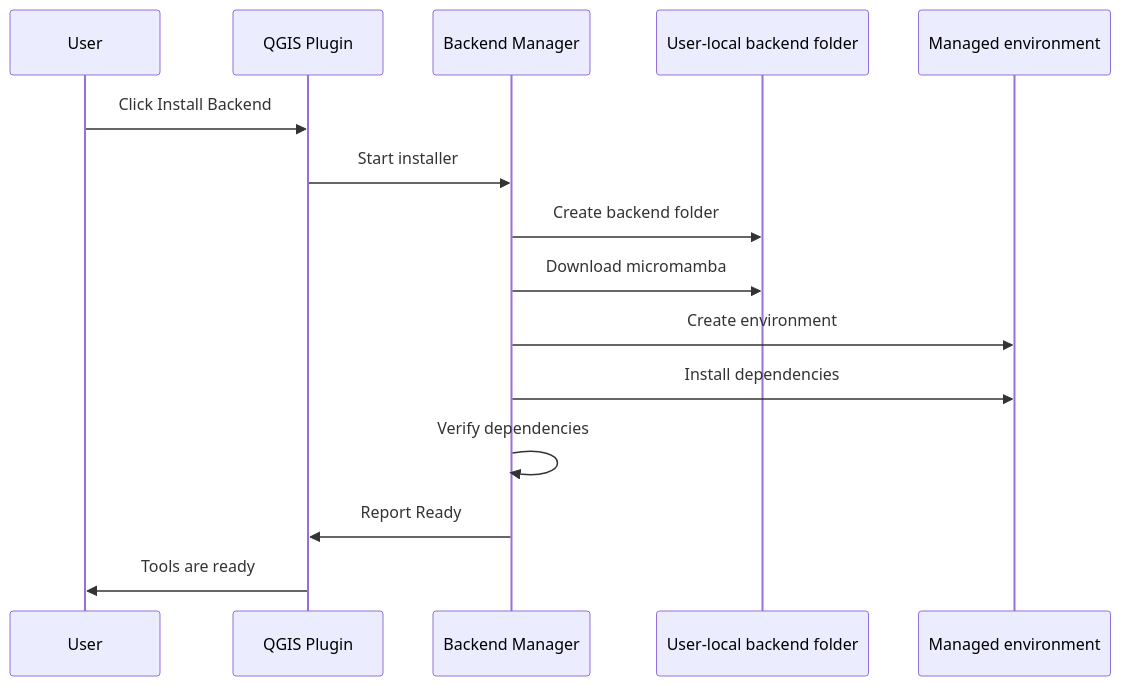
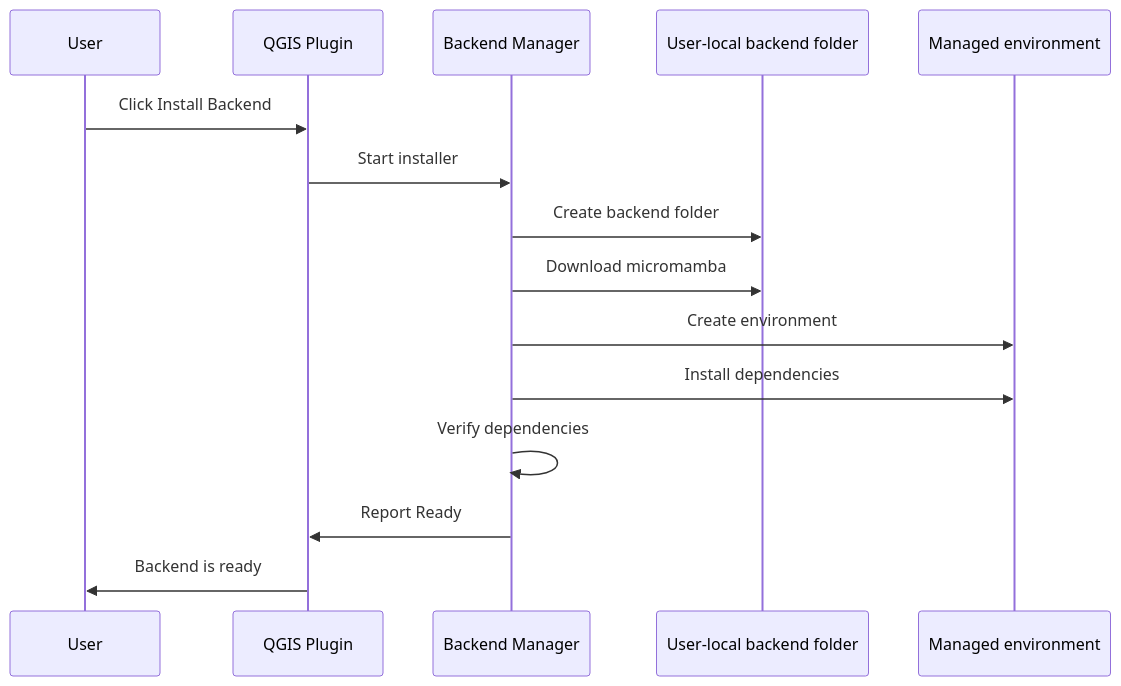
Before and after one commit to sticholas/pyforestscan-qgis: the diagram in docs/backend/PBM_INSTALLATION_WORKFLOW.md, drawn with Mermaid. The commit also changed other lines of this file and 35 other files, not shown here.

````diff
--- a/docs/backend/PBM_INSTALLATION_WORKFLOW.md
+++ b/docs/backend/PBM_INSTALLATION_WORKFLOW.md
@@ -7,18 +7,18 @@
 ```mermaid
 sequenceDiagram
     participant User
     participant QGIS as QGIS Plugin
     participant PBM as Backend Manager
     participant FS as User-local backend folder
     participant Env as Managed environment
 
     User->>QGIS: Click Install Backend
     QGIS->>PBM: Start installer
     PBM->>FS: Create backend folder
     PBM->>FS: Download micromamba
     PBM->>Env: Create environment
     PBM->>Env: Install dependencies
     PBM->>PBM: Verify dependencies
     PBM->>QGIS: Report Ready
-    QGIS->>User: Tools are ready
+    QGIS->>User: Backend is ready
 ```
````
